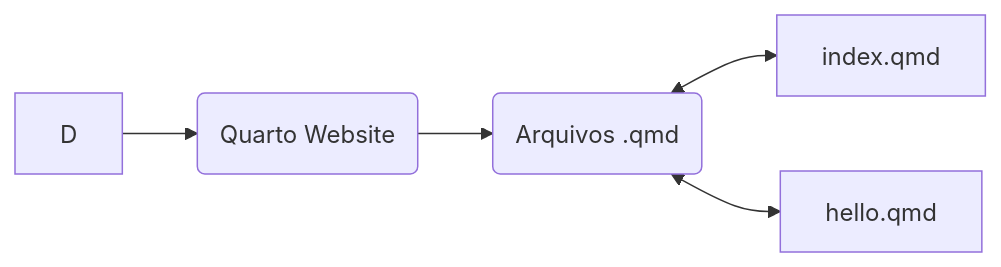
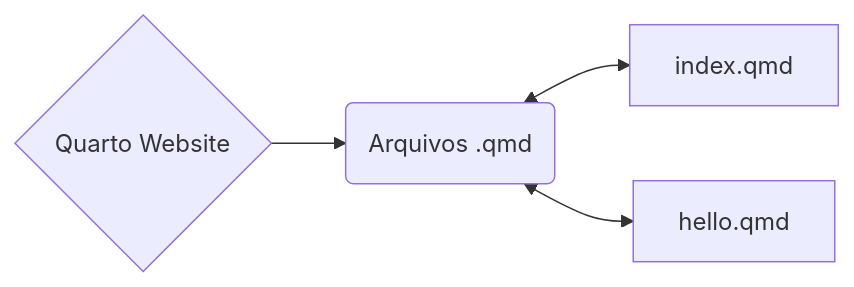
The third of 3 diagrams in introducao_quarto_markdown.qmd (francojra/introducao_ao_quarto), drawn with Mermaid before and after one commit. The commit also changed other lines of this file, not shown here.

````diff
--- a/introducao_quarto_markdown.qmd
+++ b/introducao_quarto_markdown.qmd
@@ -89,7 +88,6 @@
 ```{mermaid}
 flowchart LR
-  D -->  E(Quarto Website)
-  E -->  J(Arquivos .qmd)
+  E{Quarto Website} --> J(Arquivos .qmd)
   J <--> K[index.qmd]
   J <--> L[hello.qmd]
 ```
````
